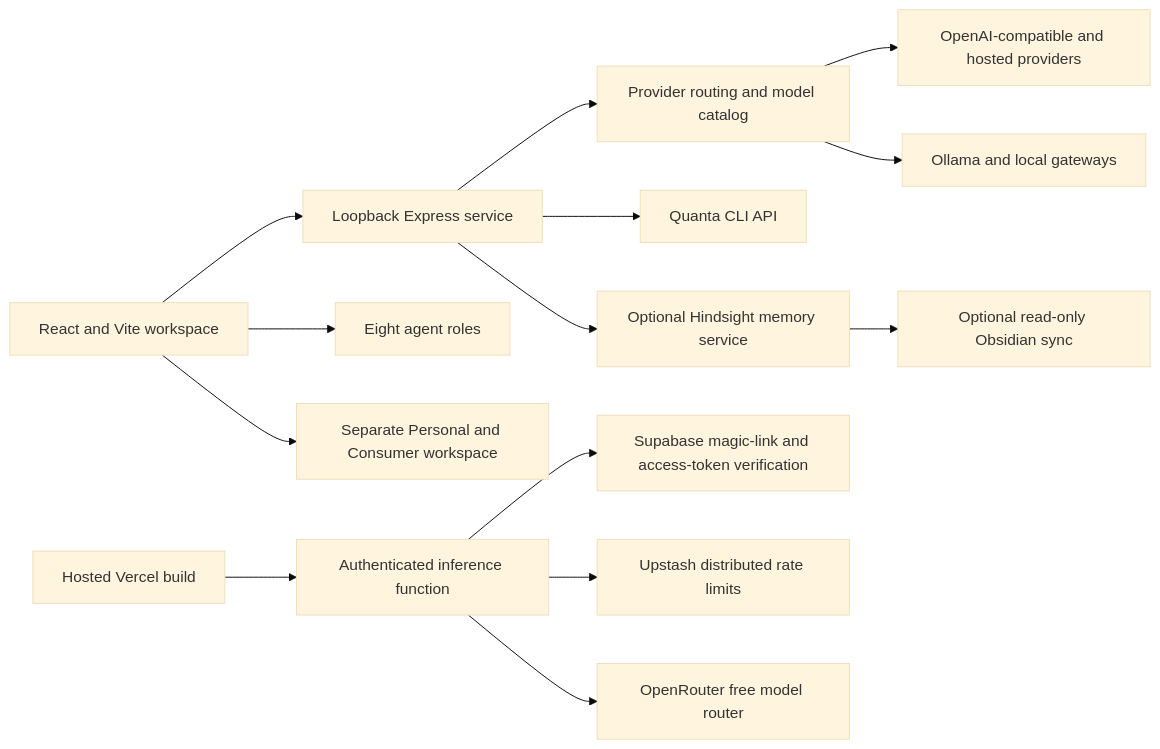
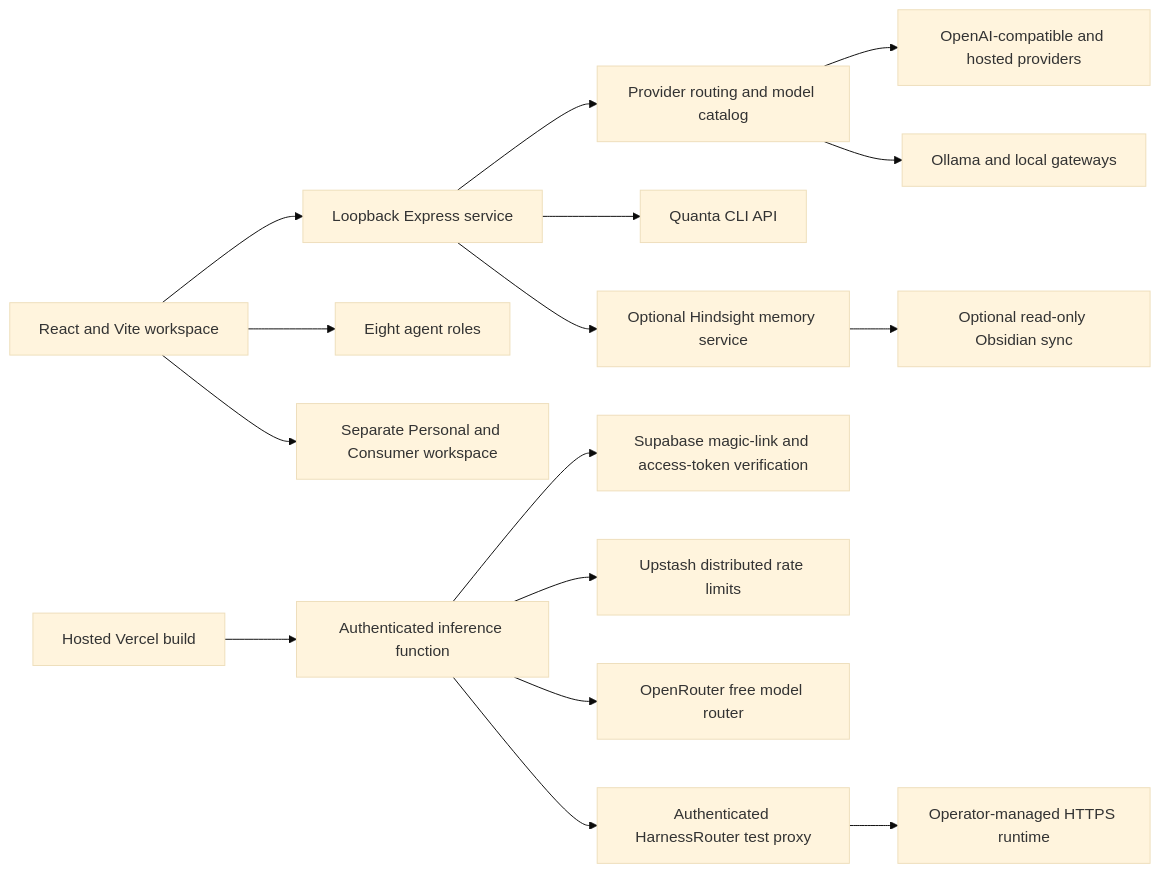
One commit to GustheTrader/QuantaCore changed the diagram in PROJECT_SUMMARY.md. Above: the diagram before and after it, drawn with Mermaid (base theme). The commit also changed other lines of this file and 56 other files, not shown here.

````diff
--- a/PROJECT_SUMMARY.md
+++ b/PROJECT_SUMMARY.md
@@ -15,16 +15,18 @@
 ```mermaid
 flowchart LR
   UI[React and Vite workspace] --> API[Loopback Express service]
   UI --> Roles[Eight agent roles]
   API --> Routes[Provider routing and model catalog]
   Routes --> Cloud[OpenAI-compatible and hosted providers]
   Routes --> Local[Ollama and local gateways]
   API --> CLI[Quanta CLI API]
   UI --> OpenMuse[Separate Personal and Consumer workspace]
   API --> Hindsight[Optional Hindsight memory service]
   Hindsight --> Obsidian[Optional read-only Obsidian sync]
   Browser[Hosted Vercel build] --> HostedAPI[Authenticated inference function]
   HostedAPI --> SupabaseAuth[Supabase magic-link and access-token verification]
   HostedAPI --> Limits[Upstash distributed rate limits]
   HostedAPI --> FreeRoute[OpenRouter free model router]
+  HostedAPI --> HarnessProxy[Authenticated HarnessRouter test proxy]
+  HarnessProxy --> RemoteHarness[Operator-managed HTTPS runtime]
 ```
````
